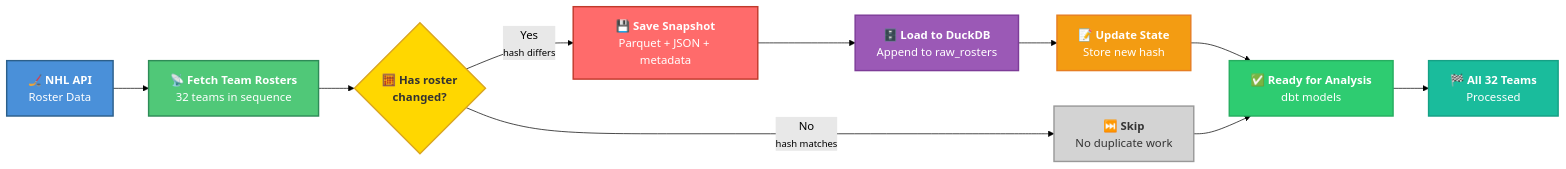
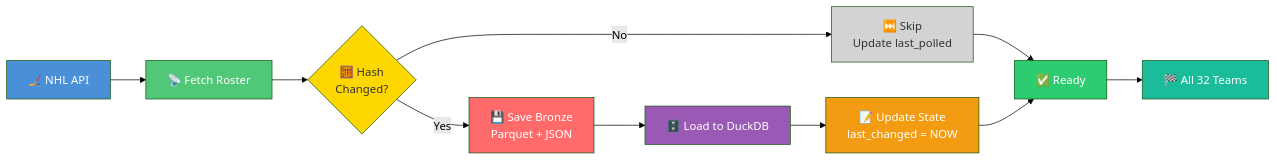
One commit to dec1costello/NHL-Yard-Sale changed the second of 3 diagrams in README.md. Above: the diagram before and after it, drawn with Mermaid (forest theme). The commit also changed other lines of this file, not shown here.

First line of the commit message:
Enhance README with flowcharts and module details

````diff
--- a/README.md
+++ b/README.md
@@ -39,32 +80,22 @@
 ```mermaid
 flowchart LR
-    A[<b>🏒 NHL API</b><br/>Roster Data]:::api --> B
-    
-    B[<b>📡 Fetch Team Rosters</b><br/>32 teams in sequence]:::fetch
-    
-    B --> C{<b>🧮 Has roster</b><br/><b>changed?</b>}:::decision
-    
-    C -- No<br/><small>hash matches</small> --> D[<b>⏭️ Skip</b><br/>No duplicate work]:::skip
-    
-    C -- Yes<br/><small>hash differs</small> --> E[<b>💾 Save Snapshot</b><br/>Parquet + JSON + metadata]:::write
-    
-    E --> F[<b>🗄️ Load to DuckDB</b><br/>Append to raw_rosters]:::load
-    
-    F --> G[<b>📝 Update State</b><br/>Store new hash]:::state
-    
-    G --> H[<b>✅ Ready for Analysis</b><br/>dbt models]:::ready
-    
-    D --> H
-    
-    H --> I[<b>🏁 All 32 Teams</b><br/>Processed]:::done
-    
-    classDef api fill:#4A90D9,color:#fff,stroke:#2C5F8A,stroke-width:2px
-    classDef fetch fill:#50C878,color:#fff,stroke:#2E8B57,stroke-width:2px
-    classDef decision fill:#FFD700,color:#333,stroke:#DAA520,stroke-width:2px
-    classDef skip fill:#D3D3D3,color:#333,stroke:#999,stroke-width:2px
-    classDef write fill:#FF6B6B,color:#fff,stroke:#C0392B,stroke-width:2px
-    classDef load fill:#9B59B6,color:#fff,stroke:#7D3C98,stroke-width:2px
-    classDef state fill:#F39C12,color:#fff,stroke:#E67E22,stroke-width:2px
-    classDef ready fill:#2ECC71,color:#fff,stroke:#27AE60,stroke-width:2px
-    classDef done fill:#1ABC9C,color:#fff,stroke:#16A085,stroke-width:2px
+    A[🏒 NHL API] --> B[📡 Fetch Roster]
+    B --> C{🧮 Hash<br/>Changed?}
+    C -->|No| D[⏭️ Skip<br/>Update last_polled]
+    C -->|Yes| E[💾 Save Bronze<br/>Parquet + JSON]
+    E --> F[🗄️ Load to DuckDB]
+    F --> G[📝 Update State<br/>last_changed = NOW]
+    D --> H[✅ Ready]
+    G --> H
+    H --> I[🏁 All 32 Teams]
+
+    style A fill:#4A90D9,color:#fff
+    style B fill:#50C878,color:#fff
+    style C fill:#FFD700,color:#333
+    style D fill:#D3D3D3,color:#333
+    style E fill:#FF6B6B,color:#fff
+    style F fill:#9B59B6,color:#fff
+    style G fill:#F39C12,color:#fff
+    style H fill:#2ECC71,color:#fff
+    style I fill:#1ABC9C,color:#fff
 ```
````
